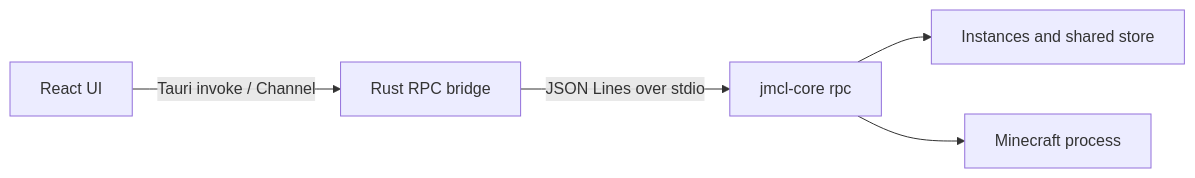
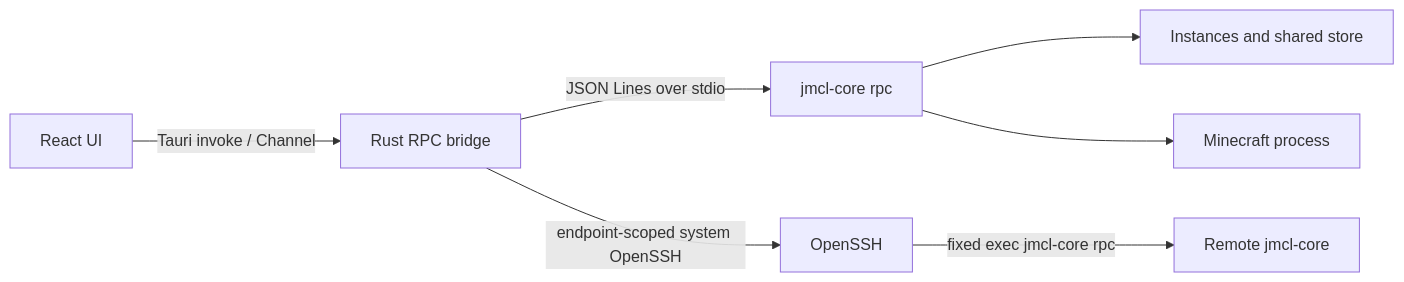
The diagram in README.md (678mjoe/JMCL-frontend), drawn with Mermaid before and after one commit. The commit also changed other lines of this file and 2 other files, not shown here.

````diff
--- a/README.md
+++ b/README.md
@@ -38,7 +38,9 @@
 ```mermaid
 flowchart LR
     UI[React UI] -->|Tauri invoke / Channel| Bridge[Rust RPC bridge]
     Bridge -->|JSON Lines over stdio| Core[jmcl-core rpc]
+    Bridge -->|endpoint-scoped system OpenSSH| SSH[OpenSSH]
+    SSH -->|fixed exec jmcl-core rpc| Remote[Remote jmcl-core]
     Core --> Files[Instances and shared store]
     Core --> Game[Minecraft process]
 ```
````
